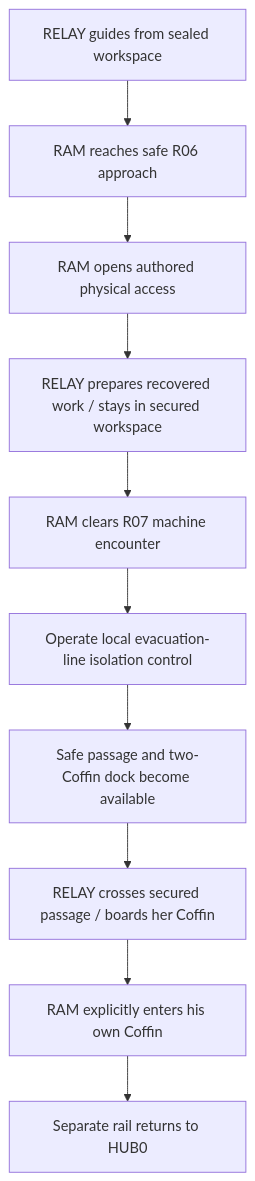
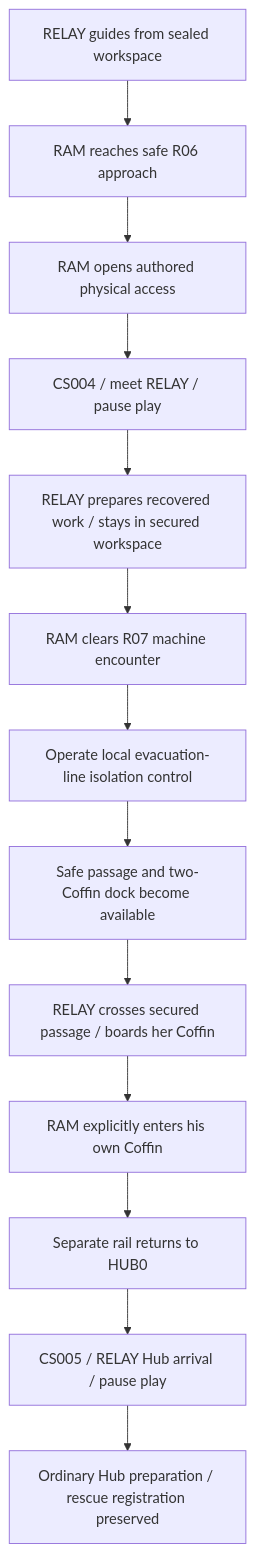
One commit to justgook/imprint-zero changed the second of 2 diagrams in missions/m04.md. Above: the diagram before and after it, drawn with Mermaid. The commit also changed other lines of this file and 9 other files, not shown here.

Commit message:
📝(cutscenes): add RELAY workspace meeting and Hub arrival

````diff
--- a/missions/m04.md
+++ b/missions/m04.md
@@ -112,12 +119,17 @@
 ```mermaid
 flowchart TD
     Contact[RELAY guides from sealed workspace] --> Reach[RAM reaches safe R06 approach]
     Reach --> Access[RAM opens authored physical access]
-    Access --> Prepare[RELAY prepares recovered work / stays in secured workspace]
+    Access --> Meeting[CS004 / meet RELAY / pause play]
+    Meeting --> Prepare[RELAY prepares recovered work / stays in secured workspace]
     Prepare --> Clear[RAM clears R07 machine encounter]
     Clear --> Stop[Operate local evacuation-line isolation control]
     Stop --> Secure[Safe passage and two-Coffin dock become available]
     Secure --> Board[RELAY crosses secured passage / boards her Coffin]
     Board --> Enter[RAM explicitly enters his own Coffin]
     Enter --> Return[Separate rail returns to HUB0]
+    Return --> Arrival[CS005 / RELAY Hub arrival / pause play]
+    Arrival --> Hub[Ordinary Hub preparation / rescue registration preserved]
+    click Meeting href "#/cutscenes/cs004"
+    click Arrival href "#/cutscenes/cs005"
 ```
````
